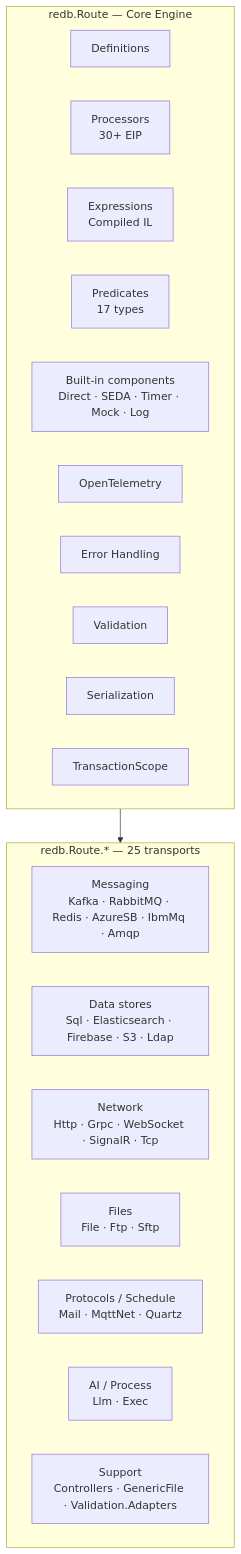
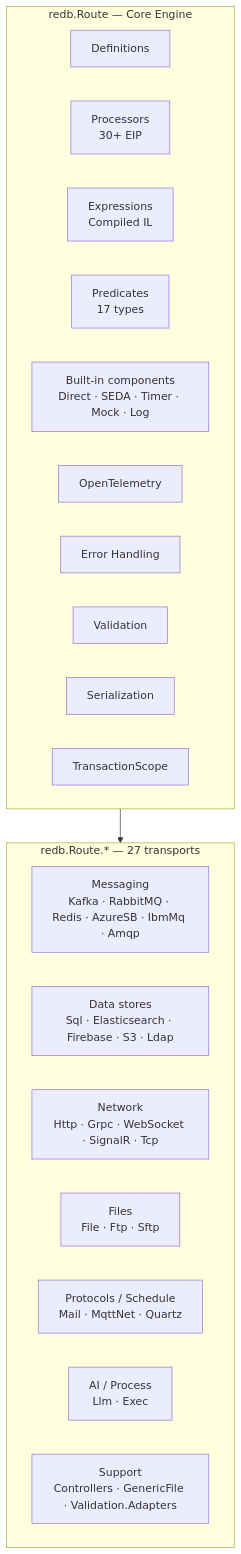
The third of 6 diagrams in README.md (redbase-app/redb-route), drawn with Mermaid before and after one commit. The commit also changed other lines of this file and 1 other file, not shown here.

````diff
--- a/README.md
+++ b/README.md
@@ -1255,27 +1255,27 @@
 ```mermaid
 flowchart TB
     subgraph Core["redb.Route — Core Engine"]
         Defs[Definitions]
         Procs["Processors\n30+ EIP"]
         Expr["Expressions\nCompiled IL"]
         Pred["Predicates\n17 types"]
         Built["Built-in components\nDirect · SEDA · Timer · Mock · Log"]
         Tele[OpenTelemetry]
         Err[Error Handling]
         Val[Validation]
         Ser[Serialization]
         Tx[TransactionScope]
     end
 
-    subgraph Transports["redb.Route.* — 25 transports"]
+    subgraph Transports["redb.Route.* — 27 transports"]
         Msg["Messaging\nKafka · RabbitMQ · Redis · AzureSB · IbmMq · Amqp"]
         Data["Data stores\nSql · Elasticsearch · Firebase · S3 · Ldap"]
         Net["Network\nHttp · Grpc · WebSocket · SignalR · Tcp"]
         Files["Files\nFile · Ftp · Sftp"]
         Proto["Protocols / Schedule\nMail · MqttNet · Quartz"]
         AI["AI / Process\nLlm · Exec"]
         Sup["Support\nControllers · GenericFile · Validation.Adapters"]
     end
 
     Core --> Transports
 ```
````
